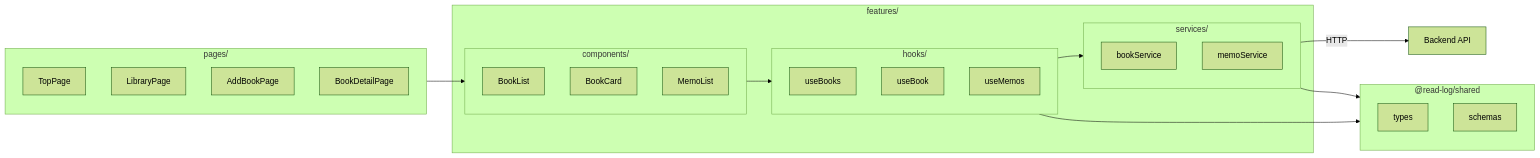
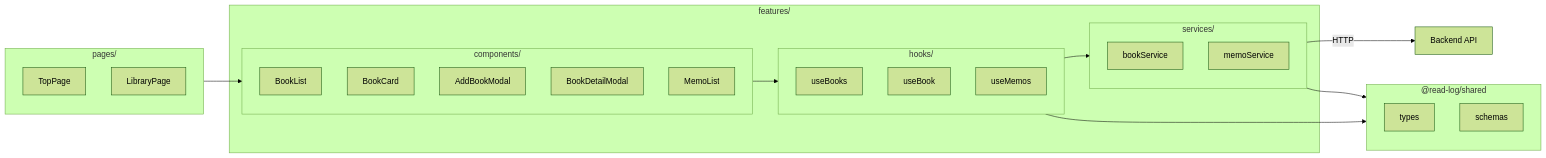
One commit to kai-Mk/read-log changed the first of 3 diagrams in docs/repository-structure.md. Above: the diagram before and after it, drawn with Mermaid (forest theme). The commit also changed other lines of this file, not shown here.

````diff
--- a/docs/repository-structure.md
+++ b/docs/repository-structure.md
@@ -131,38 +131,38 @@
 ```mermaid
 flowchart LR
     subgraph Pages["pages/"]
         TopPage
         LibraryPage
-        AddBookPage
-        BookDetailPage
     end
 
     subgraph Features["features/"]
         subgraph Components["components/"]
             BookList
             BookCard
+            AddBookModal
+            BookDetailModal
             MemoList
         end
         subgraph Hooks["hooks/"]
             useBooks
             useBook
             useMemos
         end
         subgraph Services["services/"]
             bookService
             memoService
         end
     end
 
     subgraph Shared["@read-log/shared"]
         Types[types]
         Schemas[schemas]
     end
 
     Pages --> Components
     Components --> Hooks
     Hooks --> Services
     Services --> |HTTP| Backend[Backend API]
     Services --> Shared
     Hooks --> Shared
 ```
````
